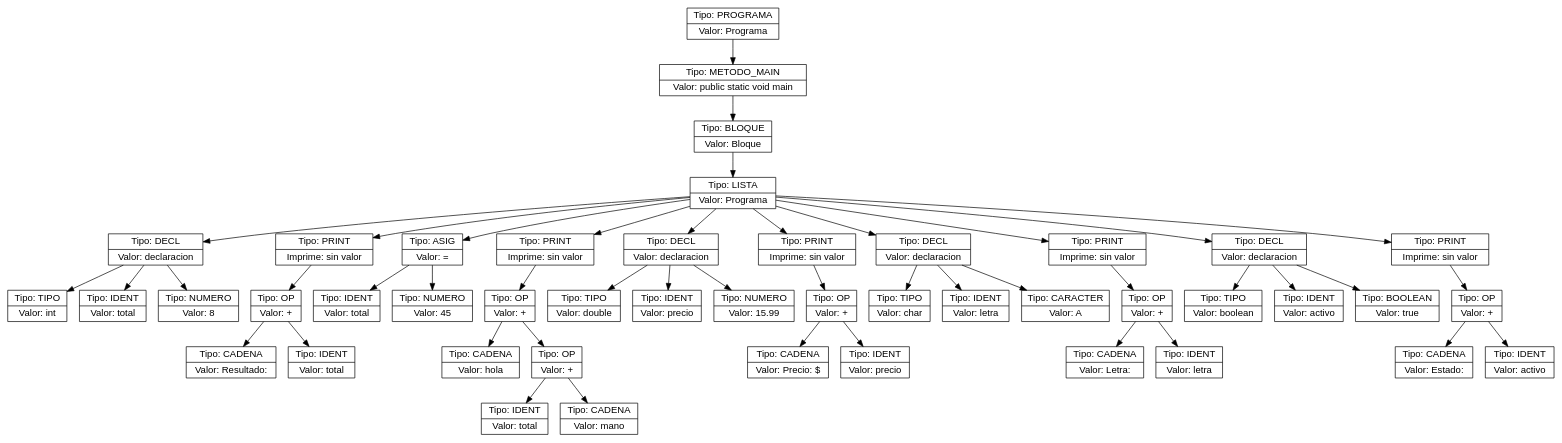
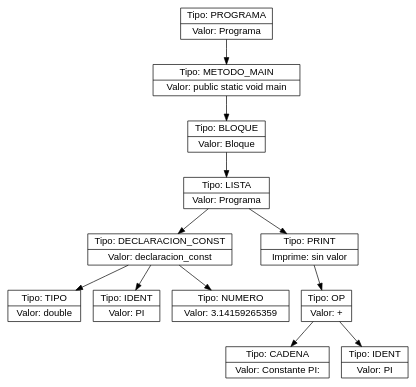
One commit to Farot30/OLC2_2s2025_P2_202307820 changed the diagram in ast.dot. Above: the diagram before and after it, drawn with Graphviz. The commit also changed 41 other files, not shown here.

```diff
--- a/ast.dot
+++ b/ast.dot
@@ -1,92 +1,26 @@
 digraph AST {
   node [shape=record,fontname="Helvetica"];
-  n0x5703c6ddf650 [label="{Tipo: PROGRAMA|Valor: Programa}"];
-  n0x5703c6ddf650 -> n0x5703c6e692f0;
-  n0x5703c6e692f0 [label="{Tipo: METODO_MAIN|Valor: public static void main}"];
-  n0x5703c6e692f0 -> n0x5703c6e34a30;
-  n0x5703c6e34a30 [label="{Tipo: BLOQUE|Valor: Bloque}"];
-  n0x5703c6e34a30 -> n0x5703c6e8a460;
-  n0x5703c6e8a460 [label="{Tipo: LISTA|Valor: Programa}"];
-  n0x5703c6e8a460 -> n0x5703c6e40eb0;
-  n0x5703c6e40eb0 [label="{Tipo: DECL|Valor: declaracion}"];
-  n0x5703c6e40eb0 -> n0x5703c6df86c0;
-  n0x5703c6df86c0 [label="{Tipo: TIPO|Valor: int}"];
-  n0x5703c6e40eb0 -> n0x5703c6e685e0;
-  n0x5703c6e685e0 [label="{Tipo: IDENT|Valor: total}"];
-  n0x5703c6e40eb0 -> n0x5703c6c06e20;
-  n0x5703c6c06e20 [label="{Tipo: NUMERO|Valor: 8}"];
-  n0x5703c6e8a460 -> n0x5703c6dc5330;
-  n0x5703c6dc5330 [label="{Tipo: PRINT|Imprime: sin valor}"];
-  n0x5703c6dc5330 -> n0x5703c6ddb630;
-  n0x5703c6ddb630 [label="{Tipo: OP|Valor: +}"];
-  n0x5703c6ddb630 -> n0x5703c6df6a20;
-  n0x5703c6df6a20 [label="{Tipo: CADENA|Valor: Resultado: }"];
-  n0x5703c6ddb630 -> n0x5703c6e4f6f0;
-  n0x5703c6e4f6f0 [label="{Tipo: IDENT|Valor: total}"];
-  n0x5703c6e8a460 -> n0x5703c6df7b30;
-  n0x5703c6df7b30 [label="{Tipo: ASIG|Valor: =}"];
-  n0x5703c6df7b30 -> n0x5703c6fa6e80;
-  n0x5703c6fa6e80 [label="{Tipo: IDENT|Valor: total}"];
-  n0x5703c6df7b30 -> n0x5703c6e691b0;
-  n0x5703c6e691b0 [label="{Tipo: NUMERO|Valor: 45}"];
-  n0x5703c6e8a460 -> n0x5703c6e4f290;
-  n0x5703c6e4f290 [label="{Tipo: PRINT|Imprime: sin valor}"];
-  n0x5703c6e4f290 -> n0x5703c6e34a80;
-  n0x5703c6e34a80 [label="{Tipo: OP|Valor: +}"];
-  n0x5703c6e34a80 -> n0x5703c6feac10;
-  n0x5703c6feac10 [label="{Tipo: CADENA|Valor: hola}"];
-  n0x5703c6e34a80 -> n0x5703c6f4f1f0;
-  n0x5703c6f4f1f0 [label="{Tipo: OP|Valor: +}"];
-  n0x5703c6f4f1f0 -> n0x5703c6e686d0;
-  n0x5703c6e686d0 [label="{Tipo: IDENT|Valor: total}"];
-  n0x5703c6f4f1f0 -> n0x5703c6e40d20;
-  n0x5703c6e40d20 [label="{Tipo: CADENA|Valor: mano}"];
-  n0x5703c6e8a460 -> n0x5703c6bfce10;
-  n0x5703c6bfce10 [label="{Tipo: DECL|Valor: declaracion}"];
-  n0x5703c6bfce10 -> n0x5703c6d7e7b0;
-  n0x5703c6d7e7b0 [label="{Tipo: TIPO|Valor: double}"];
-  n0x5703c6bfce10 -> n0x5703c6f4eae0;
-  n0x5703c6f4eae0 [label="{Tipo: IDENT|Valor: precio}"];
-  n0x5703c6bfce10 -> n0x5703c6c0ab70;
-  n0x5703c6c0ab70 [label="{Tipo: NUMERO|Valor: 15.99}"];
-  n0x5703c6e8a460 -> n0x5703c6de0030;
-  n0x5703c6de0030 [label="{Tipo: PRINT|Imprime: sin valor}"];
-  n0x5703c6de0030 -> n0x5703c6ddd490;
-  n0x5703c6ddd490 [label="{Tipo: OP|Valor: +}"];
-  n0x5703c6ddd490 -> n0x5703c6c238c0;
-  n0x5703c6c238c0 [label="{Tipo: CADENA|Valor: Precio: $}"];
-  n0x5703c6ddd490 -> n0x5703c6e34990;
-  n0x5703c6e34990 [label="{Tipo: IDENT|Valor: precio}"];
-  n0x5703c6e8a460 -> n0x5703c6c1a8e0;
-  n0x5703c6c1a8e0 [label="{Tipo: DECL|Valor: declaracion}"];
-  n0x5703c6c1a8e0 -> n0x5703c6dca150;
-  n0x5703c6dca150 [label="{Tipo: TIPO|Valor: char}"];
-  n0x5703c6c1a8e0 -> n0x5703c6c20840;
-  n0x5703c6c20840 [label="{Tipo: IDENT|Valor: letra}"];
-  n0x5703c6c1a8e0 -> n0x5703c6e61300;
-  n0x5703c6e61300 [label="{Tipo: CARACTER|Valor: A}"];
-  n0x5703c6e8a460 -> n0x5703c6c27130;
-  n0x5703c6c27130 [label="{Tipo: PRINT|Imprime: sin valor}"];
-  n0x5703c6c27130 -> n0x5703c6e37290;
-  n0x5703c6e37290 [label="{Tipo: OP|Valor: +}"];
-  n0x5703c6e37290 -> n0x5703c6f3b040;
-  n0x5703c6f3b040 [label="{Tipo: CADENA|Valor: Letra: }"];
-  n0x5703c6e37290 -> n0x5703c6e68a40;
-  n0x5703c6e68a40 [label="{Tipo: IDENT|Valor: letra}"];
-  n0x5703c6e8a460 -> n0x5703c6dd9530;
-  n0x5703c6dd9530 [label="{Tipo: DECL|Valor: declaracion}"];
-  n0x5703c6dd9530 -> n0x5703c6c26920;
-  n0x5703c6c26920 [label="{Tipo: TIPO|Valor: boolean}"];
-  n0x5703c6dd9530 -> n0x5703c700f200;
-  n0x5703c700f200 [label="{Tipo: IDENT|Valor: activo}"];
-  n0x5703c6dd9530 -> n0x5703c6e689f0;
-  n0x5703c6e689f0 [label="{Tipo: BOOLEAN|Valor: true}"];
-  n0x5703c6e8a460 -> n0x5703c6dbef00;
-  n0x5703c6dbef00 [label="{Tipo: PRINT|Imprime: sin valor}"];
-  n0x5703c6dbef00 -> n0x5703c6dc60d0;
-  n0x5703c6dc60d0 [label="{Tipo: OP|Valor: +}"];
-  n0x5703c6dc60d0 -> n0x5703c6de84e0;
-  n0x5703c6de84e0 [label="{Tipo: CADENA|Valor: Estado: }"];
-  n0x5703c6dc60d0 -> n0x5703c6d787d0;
-  n0x5703c6d787d0 [label="{Tipo: IDENT|Valor: activo}"];
+  n0x581b94d80f30 [label="{Tipo: PROGRAMA|Valor: Programa}"];
+  n0x581b94d80f30 -> n0x581b949fbad0;
+  n0x581b949fbad0 [label="{Tipo: METODO_MAIN|Valor: public static void main}"];
+  n0x581b949fbad0 -> n0x581b94a11c00;
+  n0x581b94a11c00 [label="{Tipo: BLOQUE|Valor: Bloque}"];
+  n0x581b94a11c00 -> n0x581b94a15640;
+  n0x581b94a15640 [label="{Tipo: LISTA|Valor: Programa}"];
+  n0x581b94a15640 -> n0x581b94a179e0;
+  n0x581b94a179e0 [label="{Tipo: DECLARACION_CONST|Valor: declaracion_const}"];
+  n0x581b94a179e0 -> n0x581b94c7a3b0;
+  n0x581b94c7a3b0 [label="{Tipo: TIPO|Valor: double}"];
+  n0x581b94a179e0 -> n0x581b94d72e90;
+  n0x581b94d72e90 [label="{Tipo: IDENT|Valor: PI}"];
+  n0x581b94a179e0 -> n0x581b94d80430;
+  n0x581b94d80430 [label="{Tipo: NUMERO|Valor: 3.14159265359}"];
+  n0x581b94a15640 -> n0x581b949e1920;
+  n0x581b949e1920 [label="{Tipo: PRINT|Imprime: sin valor}"];
+  n0x581b949e1920 -> n0x581b94a176e0;
+  n0x581b94a176e0 [label="{Tipo: OP|Valor: +}"];
+  n0x581b94a176e0 -> n0x581b94a2af90;
+  n0x581b94a2af90 [label="{Tipo: CADENA|Valor: Constante PI: }"];
+  n0x581b94a176e0 -> n0x581b94c69ac0;
+  n0x581b94c69ac0 [label="{Tipo: IDENT|Valor: PI}"];
 }
```
